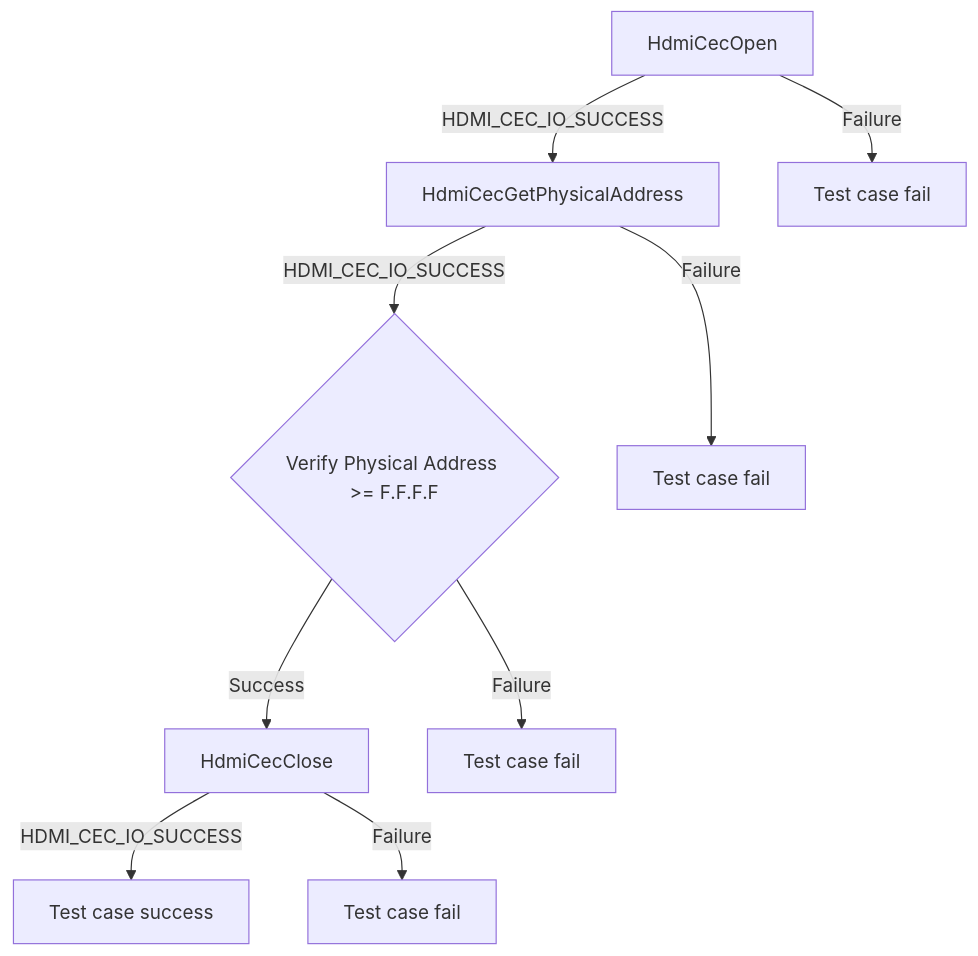
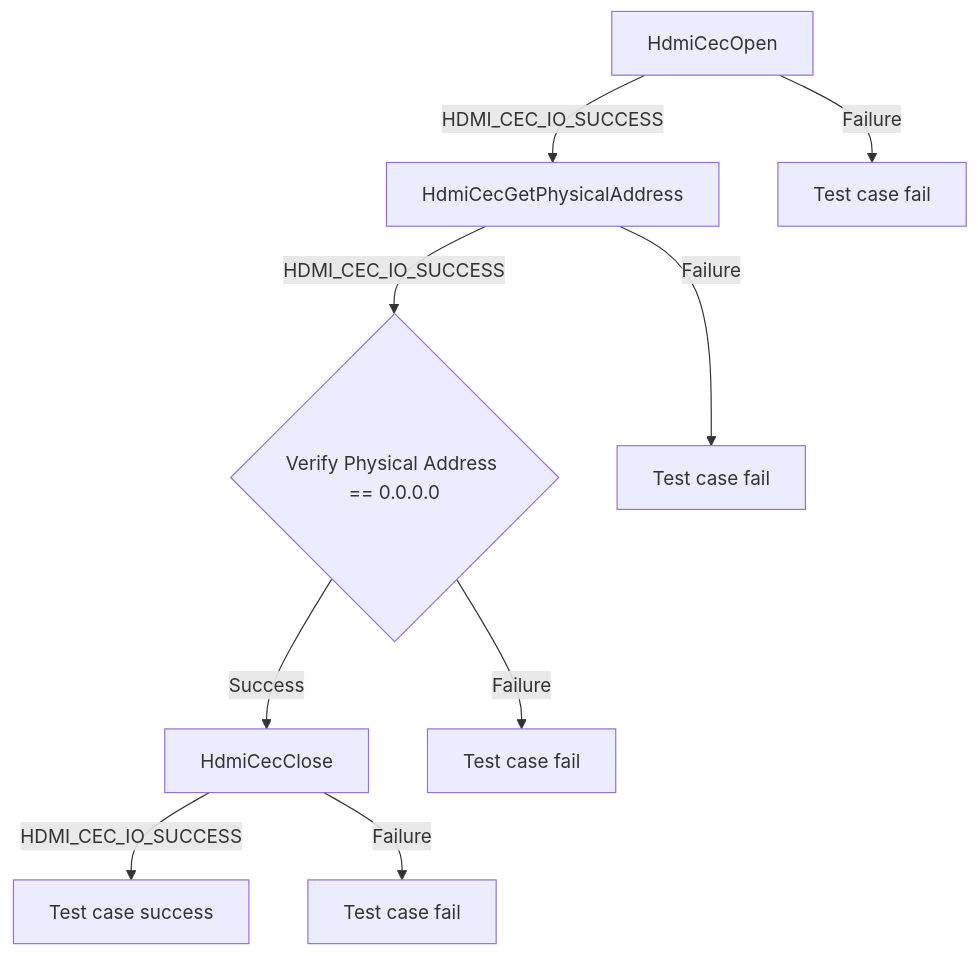
One commit to rdkcentral/rdk-halif-test-hdmi_cec changed the fifth of 6 diagrams in docs/pages/hdmi-cec-sink_L2_Low-Level_TestSpec.md. Above: the diagram before and after it, drawn with Mermaid. The commit also changed other lines of this file and 1 other file, not shown here.

Commit message:
Correct physical address

````diff
--- a/docs/pages/hdmi-cec-sink_L2_Low-Level_TestSpec.md
+++ b/docs/pages/hdmi-cec-sink_L2_Low-Level_TestSpec.md
@@ -243,11 +243,11 @@
 ```mermaid
 graph TB
 A[HdmiCecOpen] -->|HDMI_CEC_IO_SUCCESS| B[HdmiCecGetPhysicalAddress]
-B -->|HDMI_CEC_IO_SUCCESS| C{Verify Physical Address >= F.F.F.F}
+B -->|HDMI_CEC_IO_SUCCESS| C{Verify Physical Address == 0.0.0.0}
 B -->|Failure| B1[Test case fail]
 C -->|Success| D[HdmiCecClose]
 C -->|Failure| C1[Test case fail]
 D -->|HDMI_CEC_IO_SUCCESS| E[Test case success]
 D -->|Failure| D1[Test case fail]
 A -->|Failure| A1[Test case fail]
 ```
````
